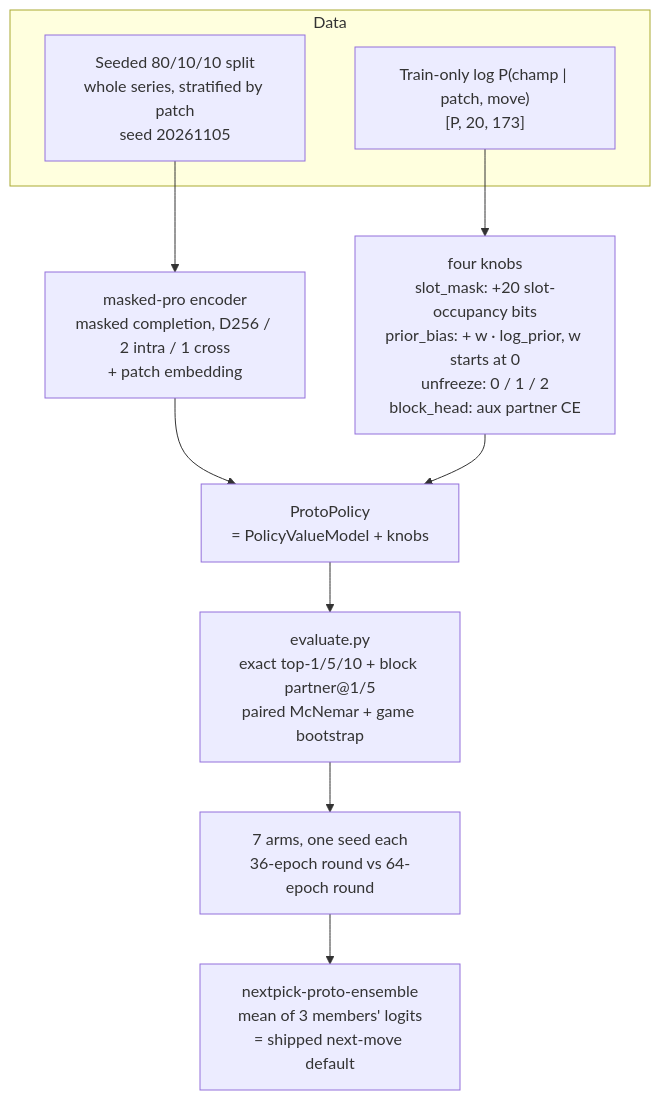
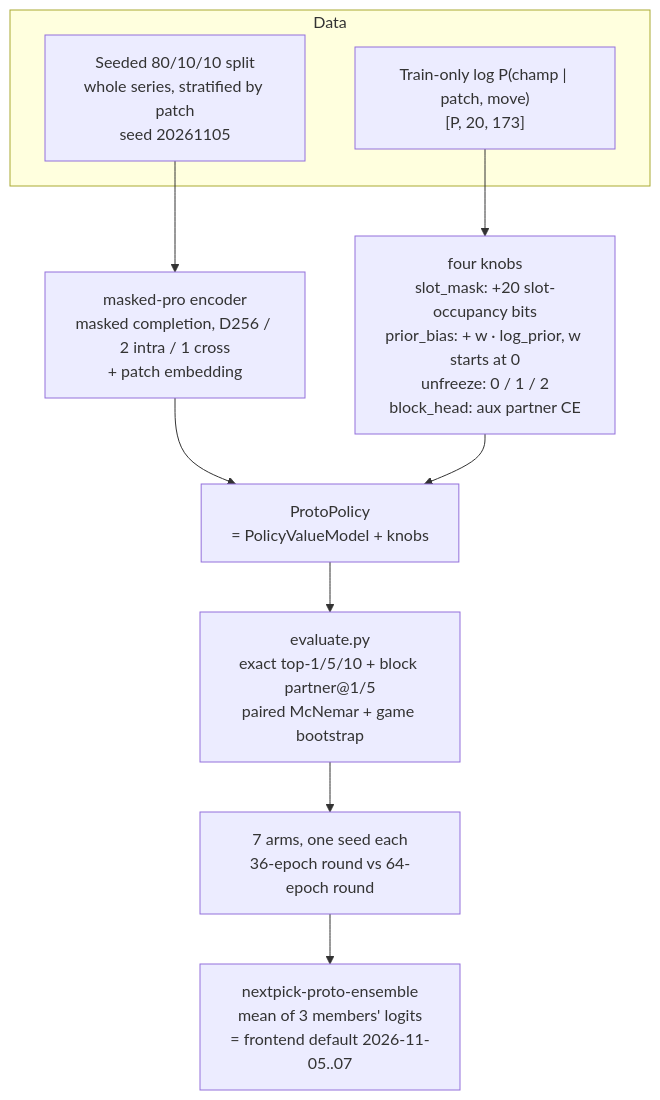
Before and after one commit to florianfrick/draft-analysis: the diagram in pro/model/proto/README.md, drawn with Mermaid. The commit also changed other lines of this file and 11 other files, not shown here.

````diff
--- a/pro/model/proto/README.md
+++ b/pro/model/proto/README.md
@@ -14,17 +14,17 @@
 ```mermaid
 graph TD
     subgraph Data
         Split["Seeded 80/10/10 split<br/>whole series, stratified by patch<br/>seed 20261105"]
         Prior["Train-only log P(champ | patch, move)<br/>[P, 20, 173]"]
     end
 
     Split --> Enc["masked-pro encoder<br/>masked completion, D256 / 2 intra / 1 cross<br/>+ patch embedding"]
     Enc --> Policy["ProtoPolicy<br/>= PolicyValueModel + knobs"]
 
     Prior --> Knobs["four knobs<br/>slot_mask: +20 slot-occupancy bits<br/>prior_bias: + w · log_prior, w starts at 0<br/>unfreeze: 0 / 1 / 2<br/>block_head: aux partner CE"]
     Knobs --> Policy
 
     Policy --> Eval["evaluate.py<br/>exact top-1/5/10 + block partner@1/5<br/>paired McNemar + game bootstrap"]
     Eval --> Arms["7 arms, one seed each<br/>36-epoch round vs 64-epoch round"]
-    Arms --> Ens["nextpick-proto-ensemble<br/>mean of 3 members' logits<br/>= shipped next-move default"]
+    Arms --> Ens["nextpick-proto-ensemble<br/>mean of 3 members' logits<br/>= frontend default 2026-11-05..07"]
 ```
````
